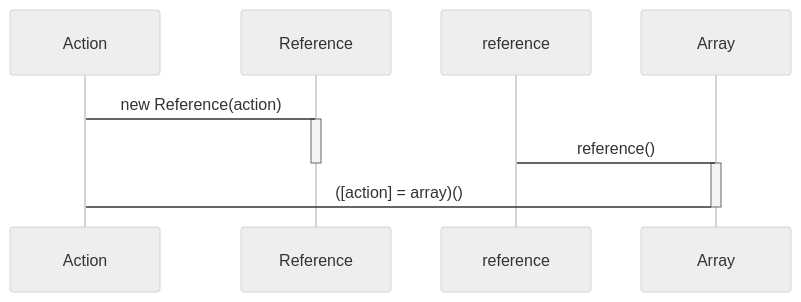
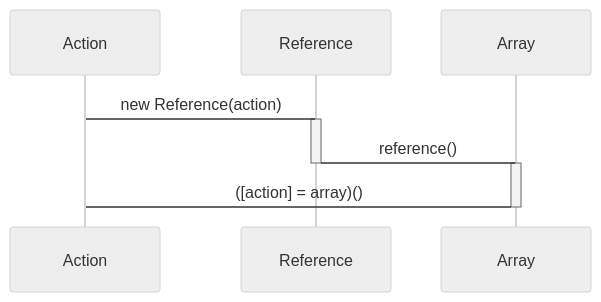
Before and after one commit to domrally/peekeasy: the second of 4 diagrams in README.md, drawn with Mermaid (neutral theme).

````diff
--- a/README.md
+++ b/README.md
@@ -77,10 +77,10 @@
 ```mermaid
 sequenceDiagram
     Action->Reference: new Reference(action)
     activate Reference
-    reference->Array: reference()
+    Reference->Array: reference()
     deactivate Reference
     activate Array
     Array->Action: ([action] = array)()
     deactivate Array
 ```
````
